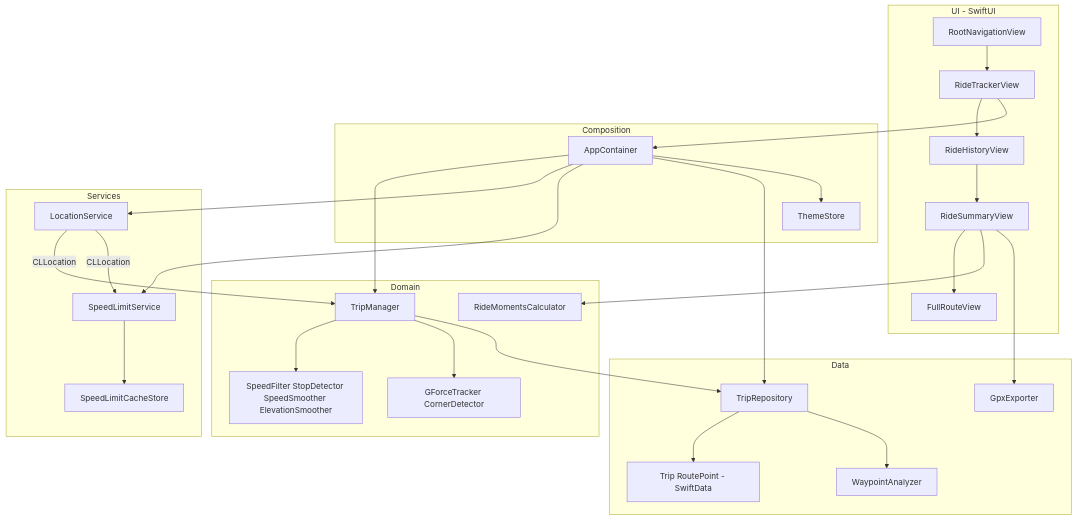
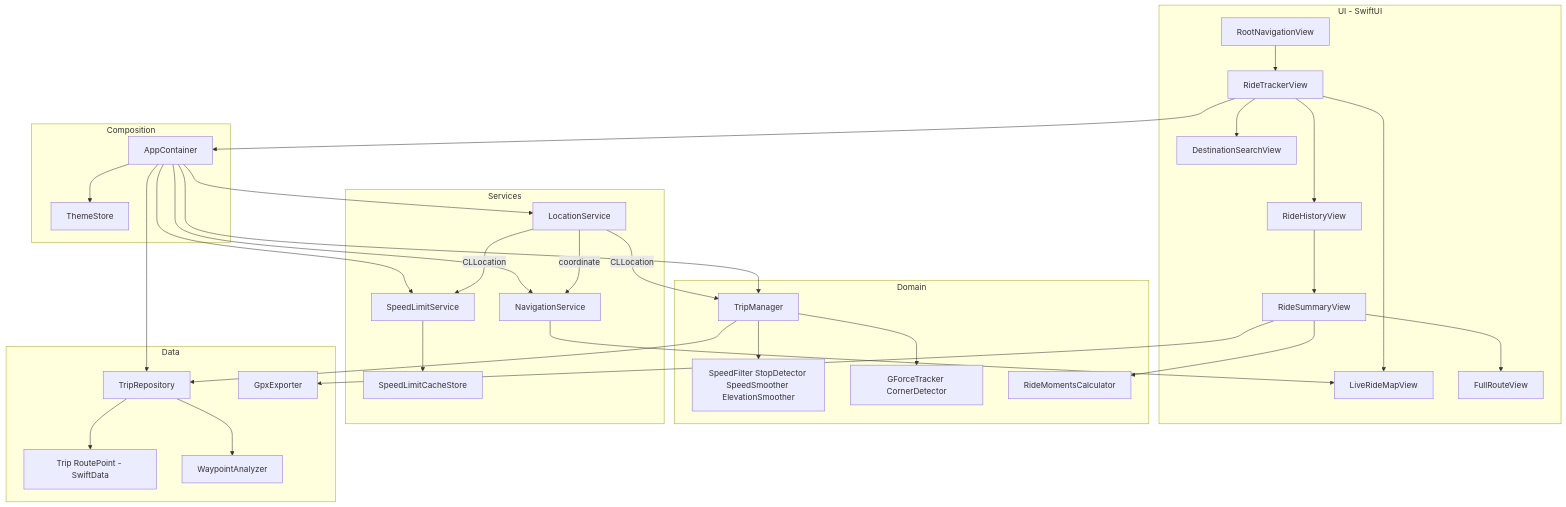
One commit to OdysseasPatilis/MotoTripTracker-iOS changed the diagram in README.md. Above: the diagram before and after it, drawn with Mermaid. The commit also changed other lines of this file, not shown here.

First line of the commit message:
Document live map dashboard and navigation in README

````diff
--- a/README.md
+++ b/README.md
@@ -68,56 +79,64 @@
 ```mermaid
 flowchart TB
   subgraph ui [UI - SwiftUI]
     Root[RootNavigationView]
     Tracker[RideTrackerView]
+    LiveMap[LiveRideMapView]
+    NavSearch[DestinationSearchView]
     History[RideHistoryView]
     Summary[RideSummaryView]
     Route[FullRouteView]
     Root --> Tracker
+    Tracker --> LiveMap
+    Tracker --> NavSearch
     Tracker --> History
     History --> Summary
     Summary --> Route
   end
 
   subgraph app [Composition]
     Container[AppContainer]
     Theme[ThemeStore]
   end
 
   subgraph domain [Domain]
     TripMgr[TripManager]
     Filters[SpeedFilter StopDetector SpeedSmoother ElevationSmoother]
     Physics[GForceTracker CornerDetector]
     Moments[RideMomentsCalculator]
   end
 
   subgraph services [Services]
     Loc[LocationService]
     SpeedLim[SpeedLimitService]
+    Nav[NavigationService]
     Cache[SpeedLimitCacheStore]
   end
 
   subgraph data [Data]
     Repo[TripRepository]
     Models[Trip RoutePoint - SwiftData]
     Waypoints[WaypointAnalyzer]
     GPX[GpxExporter]
   end
 
   Tracker --> Container
   Container --> TripMgr
   Container --> Loc
   Container --> SpeedLim
+  Container --> Nav
   Container --> Repo
   Container --> Theme
   Loc -->|CLLocation| TripMgr
   Loc -->|CLLocation| SpeedLim
+  Loc -->|coordinate| Nav
+  Nav --> LiveMap
   TripMgr --> Filters
   TripMgr --> Physics
   TripMgr --> Repo
   SpeedLim --> Cache
   Repo --> Models
   Repo --> Waypoints
   Summary --> Moments
   Summary --> GPX
 ```
````
